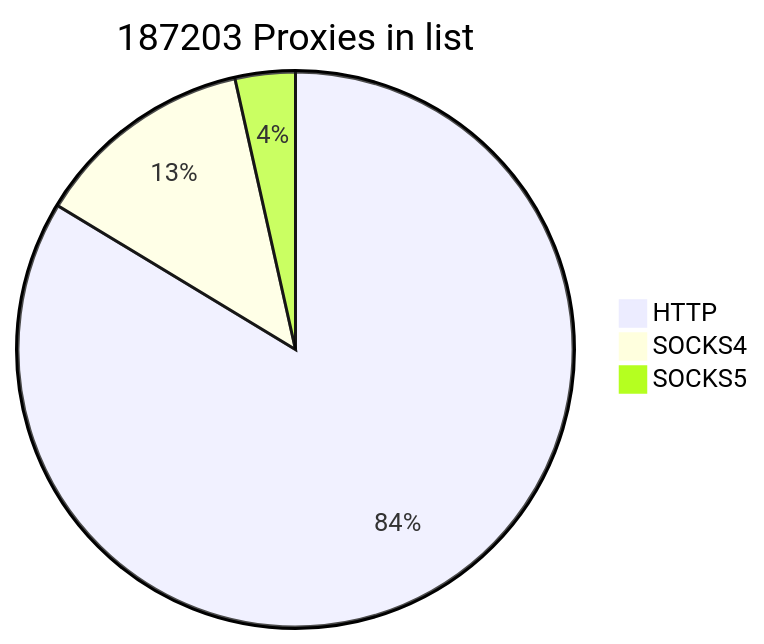
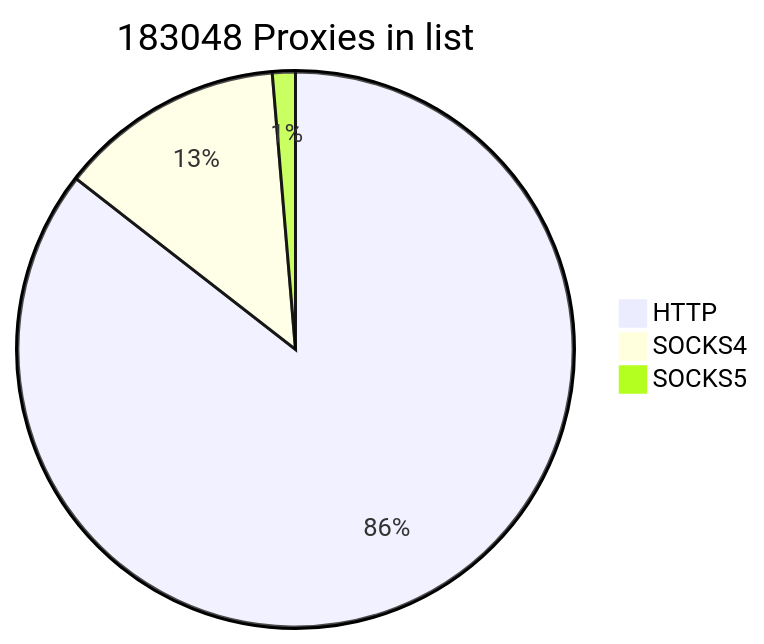
The first of 2 diagrams in README.md (cutipu/proxylist), drawn with Mermaid before and after one commit. The commit also changed other lines of this file, not shown here.

````diff
--- a/README.md
+++ b/README.md
@@ -2,7 +2,7 @@
 ```mermaid
-pie title 187203 Proxies in list
-    "HTTP" : 156614
-    "SOCKS4" : 24035
-    "SOCKS5" : 6554
+pie title 183048 Proxies in list
+    "HTTP" : 156564
+    "SOCKS4" : 24037
+    "SOCKS5" : 2447
             
 ```
````
